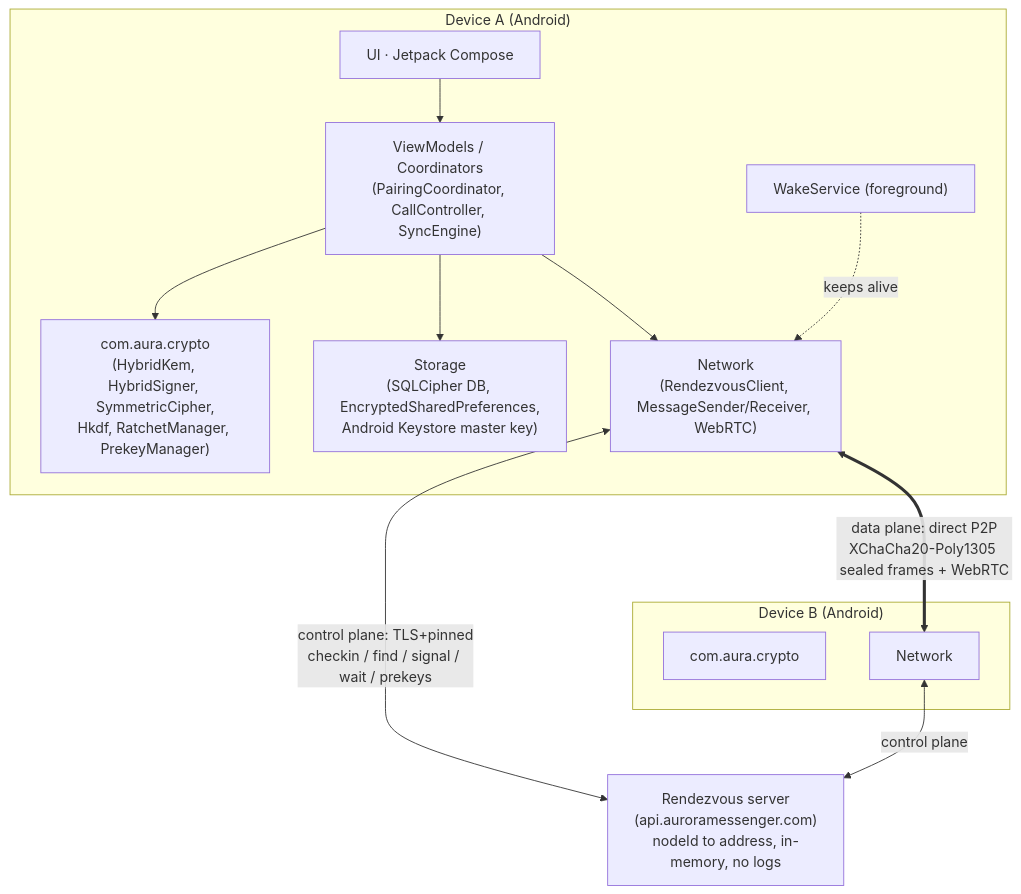
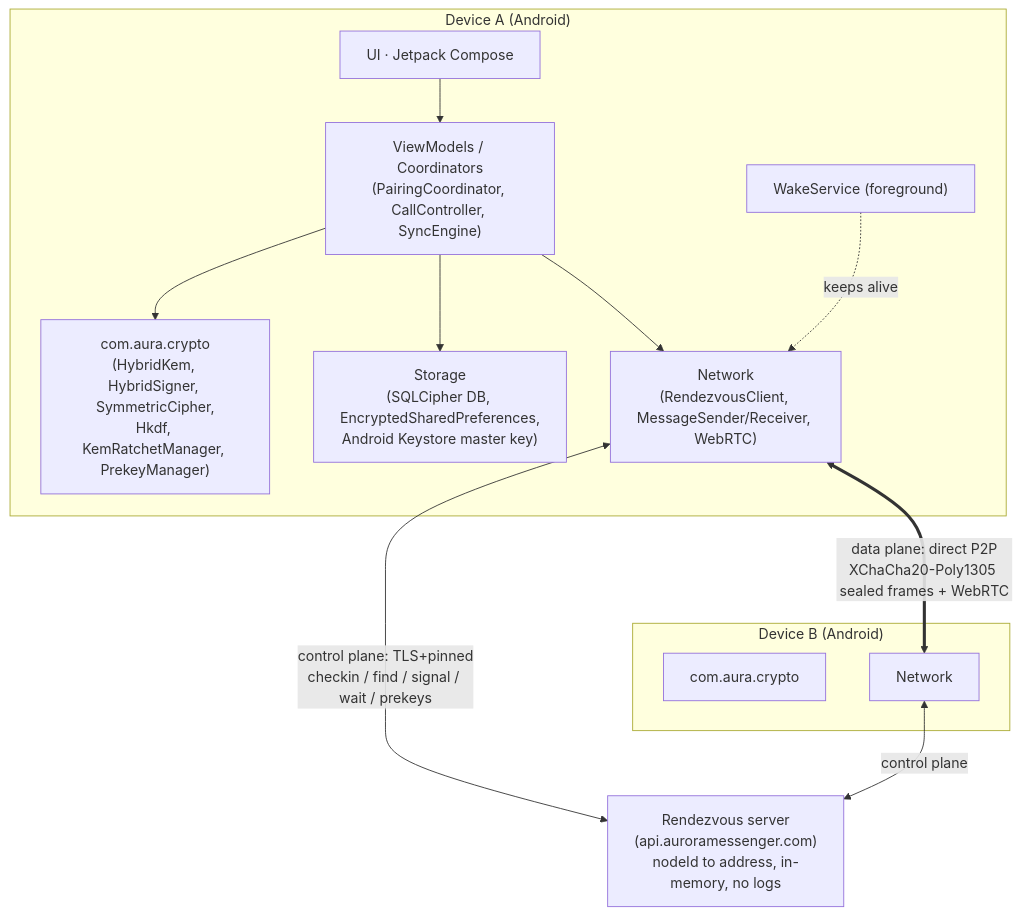
One commit to someamount2190/AuroraMessenger changed the first of 6 diagrams in docs/ARCHITECTURE.md. Above: the diagram before and after it, drawn with Mermaid. The commit also changed other lines of this file and 51 other files, not shown here.

````diff
--- a/docs/ARCHITECTURE.md
+++ b/docs/ARCHITECTURE.md
@@ -9,26 +9,26 @@
 ```mermaid
 flowchart TB
   subgraph DevA["Device A (Android)"]
     UA["UI · Jetpack Compose"]
     VMA["ViewModels / Coordinators<br/>(PairingCoordinator, CallController, SyncEngine)"]
-    CA["com.aura.crypto<br/>(HybridKem, HybridSigner, SymmetricCipher,<br/>Hkdf, RatchetManager, PrekeyManager)"]
+    CA["com.aura.crypto<br/>(HybridKem, HybridSigner, SymmetricCipher,<br/>Hkdf, KemRatchetManager, PrekeyManager)"]
     STA["Storage<br/>(SQLCipher DB, EncryptedSharedPreferences,<br/>Android Keystore master key)"]
     NA["Network<br/>(RendezvousClient, MessageSender/Receiver, WebRTC)"]
     WA["WakeService (foreground)"]
   end
 
   subgraph DevB["Device B (Android)"]
     CB["com.aura.crypto"]
     NB["Network"]
   end
 
   RZ["Rendezvous server<br/>(api.auroramessenger.com)<br/>nodeId to address, in-memory, no logs"]
 
   UA --> VMA --> CA
   VMA --> STA
   VMA --> NA
   NA <-->|"control plane: TLS+pinned<br/>checkin / find / signal / wait / prekeys"| RZ
   NB <-->|control plane| RZ
   NA <==>|"data plane: direct P2P<br/>XChaCha20-Poly1305 sealed frames + WebRTC"| NB
   WA -. keeps alive .-> NA
 ```
````
